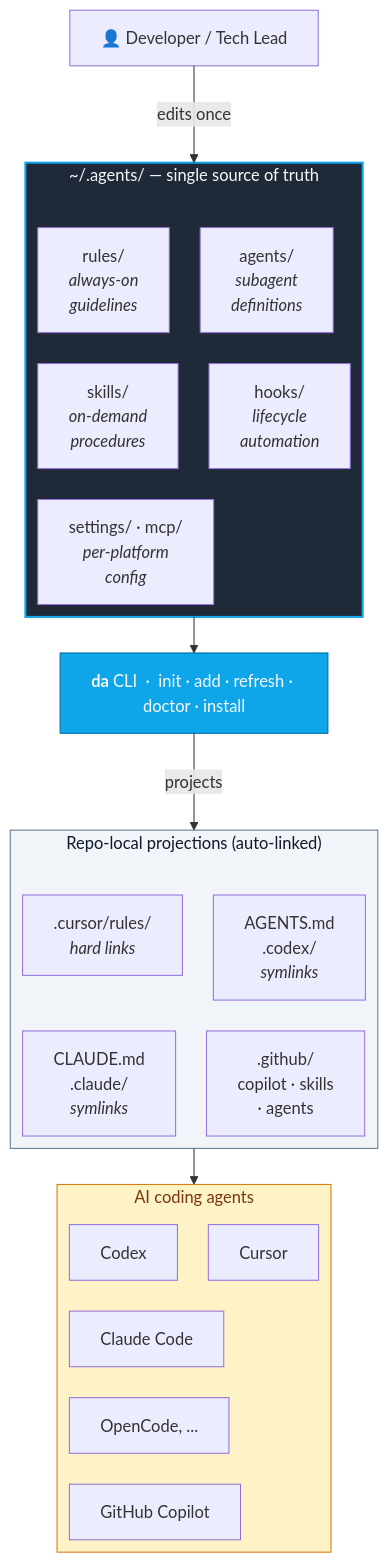
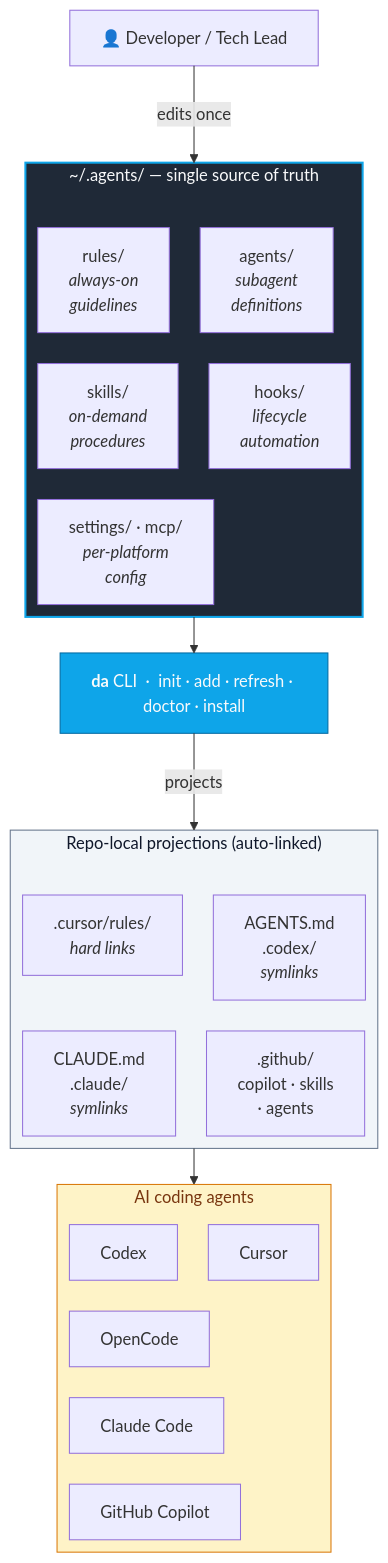
One commit to AGOrcha/dot-agents changed the first of 2 diagrams in docs/DEMO_DIAGRAM.md. Above: the diagram before and after it, drawn with Mermaid. The commit also changed 19 other files, not shown here.

````diff
--- a/docs/DEMO_DIAGRAM.md
+++ b/docs/DEMO_DIAGRAM.md
@@ -20,47 +20,47 @@
 ```mermaid
 %%{init: {"flowchart": {"defaultRenderer": "elk"}} }%%
 flowchart TB
     Dev["👤 Developer / Tech Lead"]
 
     subgraph Canonical["~/.agents/ — single source of truth"]
         direction LR
         Rules["rules/<br/><i>always-on<br/>guidelines</i>"]
         Skills["skills/<br/><i>on-demand<br/>procedures</i>"]
         Agents["agents/<br/><i>subagent<br/>definitions</i>"]
         Hooks["hooks/<br/><i>lifecycle<br/>automation</i>"]
         Settings["settings/ · mcp/<br/><i>per-platform<br/>config</i>"]
     end
 
     CLI["<b>da</b> CLI &nbsp;·&nbsp; init · add · refresh · doctor · install"]
 
     subgraph Projects["Repo-local projections (auto-linked)"]
         direction LR
         P1[".cursor/rules/<br/><i>hard links</i>"]
         P2["CLAUDE.md<br/>.claude/<br/><i>symlinks</i>"]
         P3["AGENTS.md<br/>.codex/<br/><i>symlinks</i>"]
         P4[".github/<br/>copilot · skills<br/>· agents"]
     end
 
     subgraph AI["AI coding agents"]
         direction LR
         Cursor["Cursor"]
         Claude["Claude Code"]
         Codex["Codex"]
         Copilot["GitHub Copilot"]
-        Other["OpenCode, ..."]
+        Other["OpenCode"]
     end
 
     Dev -->|edits once| Canonical
     Canonical --> CLI
     CLI -->|projects| Projects
     Projects --> AI
 
     classDef hub fill:#1f2937,stroke:#0ea5e9,stroke-width:2px,color:#f9fafb
     classDef cli fill:#0ea5e9,stroke:#0369a1,color:#f9fafb
     classDef proj fill:#f1f5f9,stroke:#64748b,color:#0f172a
     classDef tool fill:#fef3c7,stroke:#d97706,color:#78350f
     class Canonical hub
     class CLI cli
     class Projects proj
     class AI tool
 ```
````
